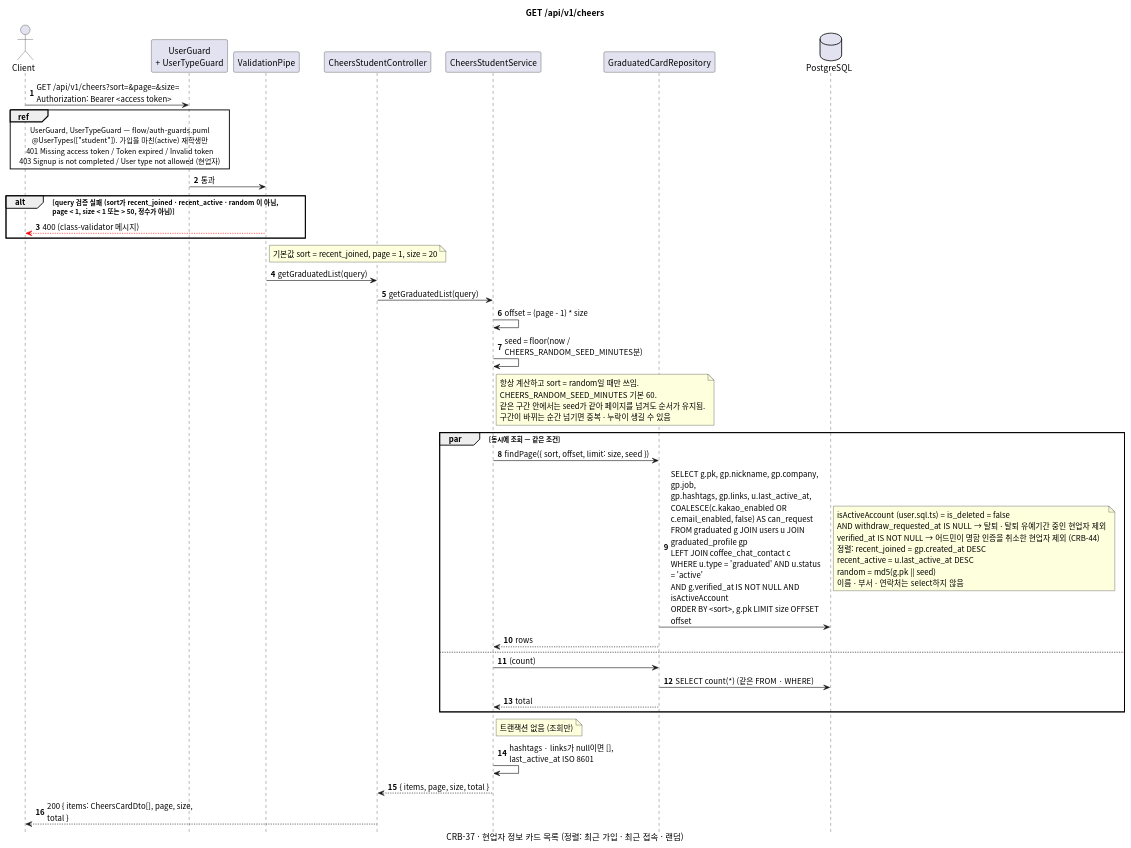
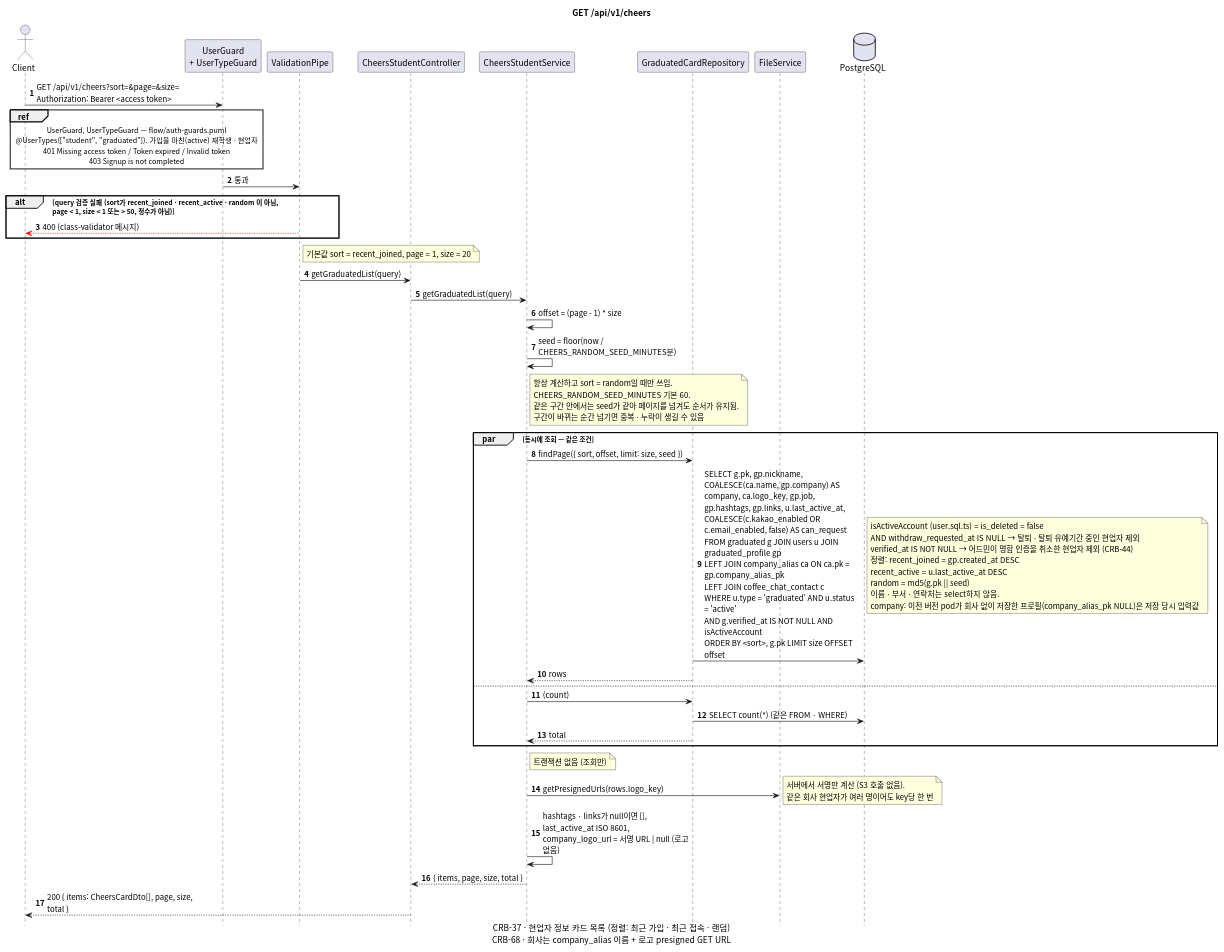
The diagram in docs/sequence/cheers/get-cheers.puml (gsainfoteam/cheers-be), drawn with PlantUML before and after one commit. The commit also changed 18 other files, not shown here.

Commit message:
- docs: add company sequence diagrams (CRB-68)

```diff
--- a/docs/sequence/cheers/get-cheers.puml
+++ b/docs/sequence/cheers/get-cheers.puml
@@ -1,70 +1,77 @@
 @startuml get-cheers
 skinparam defaultFontName "Apple SD Gothic Neo", "Noto Sans CJK KR", sans-serif
 skinparam responseMessageBelowArrow true
 skinparam sequenceMessageAlign left
 skinparam maxMessageSize 260
 skinparam BoxPadding 8
 skinparam shadowing false
 autonumber
 hide footbox
 
 title GET /api/v1/cheers
-caption CRB-37 · 현업자 정보 카드 목록 (정렬: 최근 가입 · 최근 접속 · 랜덤)
+caption CRB-37 · 현업자 정보 카드 목록 (정렬: 최근 가입 · 최근 접속 · 랜덤)\nCRB-68 · 회사는 company_alias 이름 + 로고 presigned GET URL
 
 actor Client
 participant "UserGuard\n+ UserTypeGuard" as Guard
 participant "ValidationPipe" as Pipe
 participant "CheersStudentController" as Controller
 participant "CheersStudentService" as Service
 participant "GraduatedCardRepository" as GraduatedCardRepository
+participant "FileService" as FileService
 database PostgreSQL
 
 Client -> Guard: GET /api/v1/cheers?sort=&page=&size=\nAuthorization: Bearer <access token>
 ref over Client, Guard
   UserGuard, UserTypeGuard — flow/auth-guards.puml
-  @UserTypes(["student"]). 가입을 마친(active) 재학생만
+  @UserTypes(["student", "graduated"]). 가입을 마친(active) 재학생 · 현업자
   401 Missing access token / Token expired / Invalid token
-  403 Signup is not completed / User type not allowed (현업자)
+  403 Signup is not completed
 end ref
 Guard -> Pipe: 통과
 alt query 검증 실패 (sort가 recent_joined · recent_active · random 이 아님,\npage < 1, size < 1 또는 > 50, 정수가 아님)
   Pipe -[#red]-> Client: 400 (class-validator 메시지)
 end
 note right of Pipe: 기본값 sort = recent_joined, page = 1, size = 20
 Pipe -> Controller: getGraduatedList(query)
 Controller -> Service: getGraduatedList(query)
 
 Service -> Service: offset = (page - 1) * size
 Service -> Service: seed = floor(now / CHEERS_RANDOM_SEED_MINUTES분)
 note right of Service
   항상 계산하고 sort = random일 때만 쓰임.
   CHEERS_RANDOM_SEED_MINUTES 기본 60.
   같은 구간 안에서는 seed가 같아 페이지를 넘겨도 순서가 유지됨.
   구간이 바뀌는 순간 넘기면 중복 · 누락이 생길 수 있음
 end note
 
 par 동시에 조회 — 같은 조건
   Service -> GraduatedCardRepository: findPage({ sort, offset, limit: size, seed })
-  GraduatedCardRepository -> PostgreSQL: SELECT g.pk, gp.nickname, gp.company, gp.job,\ngp.hashtags, gp.links, u.last_active_at,\nCOALESCE(c.kakao_enabled OR c.email_enabled, false) AS can_request\nFROM graduated g JOIN users u JOIN graduated_profile gp\nLEFT JOIN coffee_chat_contact c\nWHERE u.type = 'graduated' AND u.status = 'active'\nAND g.verified_at IS NOT NULL AND isActiveAccount\nORDER BY <sort>, g.pk LIMIT size OFFSET offset
+  GraduatedCardRepository -> PostgreSQL: SELECT g.pk, gp.nickname, COALESCE(ca.name, gp.company) AS company, ca.logo_key, gp.job,\ngp.hashtags, gp.links, u.last_active_at,\nCOALESCE(c.kakao_enabled OR c.email_enabled, false) AS can_request\nFROM graduated g JOIN users u JOIN graduated_profile gp\nLEFT JOIN company_alias ca ON ca.pk = gp.company_alias_pk\nLEFT JOIN coffee_chat_contact c\nWHERE u.type = 'graduated' AND u.status = 'active'\nAND g.verified_at IS NOT NULL AND isActiveAccount\nORDER BY <sort>, g.pk LIMIT size OFFSET offset
   note right
     isActiveAccount (user.sql.ts) = is_deleted = false
     AND withdraw_requested_at IS NULL → 탈퇴 · 탈퇴 유예기간 중인 현업자 제외
     verified_at IS NOT NULL → 어드민이 명함 인증을 취소한 현업자 제외 (CRB-44)
     정렬: recent_joined = gp.created_at DESC
     recent_active = u.last_active_at DESC
     random = md5(g.pk || seed)
-    이름 · 부서 · 연락처는 select하지 않음
+    이름 · 부서 · 연락처는 select하지 않음.
+    company: 이전 버전 pod가 회사 없이 저장한 프로필(company_alias_pk NULL)은 저장 당시 입력값
   end note
   GraduatedCardRepository --> Service: rows
 else
   Service -> GraduatedCardRepository: (count)
   GraduatedCardRepository -> PostgreSQL: SELECT count(*) (같은 FROM · WHERE)
   GraduatedCardRepository --> Service: total
 end
 note right of Service: 트랜잭션 없음 (조회만)
 
-Service -> Service: hashtags · links가 null이면 [],\nlast_active_at ISO 8601
+Service -> FileService: getPresignedUrls(rows.logo_key)
+note right
+  서버에서 서명만 계산 (S3 호출 없음).
+  같은 회사 현업자가 여러 명이어도 key당 한 번
+end note
+Service -> Service: hashtags · links가 null이면 [],\nlast_active_at ISO 8601,\ncompany_logo_url = 서명 URL | null (로고 없음)
 Service --> Controller: { items, page, size, total }
 Controller --> Client: 200 { items: CheersCardDto[], page, size, total }
 
 @enduml
```
